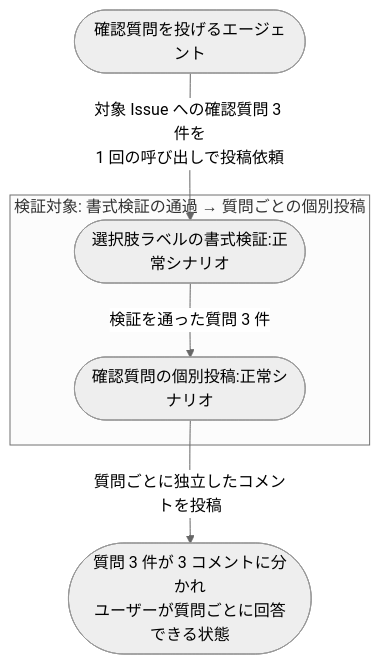
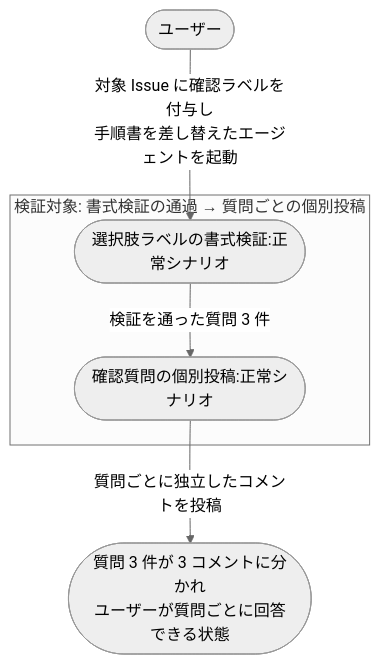
One commit to shuhei1101/ai-monitor changed the first of 2 diagrams in docs/wiki/設計図/シナリオ/複合ユースケース/選択肢の書式検証から確認質問の投稿まで.md. Above: the diagram before and after it, drawn with Mermaid (neutral theme). The commit also changed other lines of this file and 1 other file, not shown here.

````diff
--- a/docs/wiki/設計図/シナリオ/複合ユースケース/選択肢の書式検証から確認質問の投稿まで.md
+++ b/docs/wiki/設計図/シナリオ/複合ユースケース/選択肢の書式検証から確認質問の投稿まで.md
@@ -29,13 +32,13 @@
 ```mermaid
 flowchart TD
-  A0([確認質問を投げるエージェント]) -->|対象 Issue への確認質問 3 件を<br>1 回の呼び出しで投稿依頼| UC1
+  U0([ユーザー]) -->|対象 Issue に確認ラベルを付与し<br>手順書を差し替えたエージェントを起動| UC1
 
   subgraph FOCUS["検証対象: 書式検証の通過 → 質問ごとの個別投稿"]
     UC1([選択肢ラベルの書式検証:正常シナリオ]) -->|検証を通った質問 3 件| UC2([確認質問の個別投稿:正常シナリオ])
   end
 
   UC2 -->|質問ごとに独立したコメントを投稿| DONE([質問 3 件が 3 コメントに分かれ<br>ユーザーが質問ごとに回答できる状態])
 
   click UC1 "../単一ユースケース/選択肢ラベルの書式検証.md#正常シナリオ"
   click UC2 "../単一ユースケース/確認質問の個別投稿.md#正常シナリオ"
 ```
````
